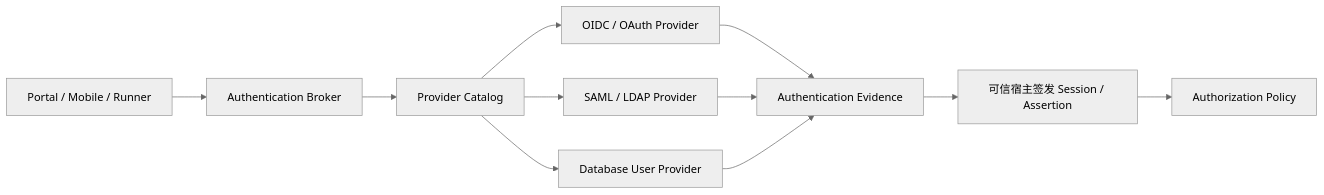
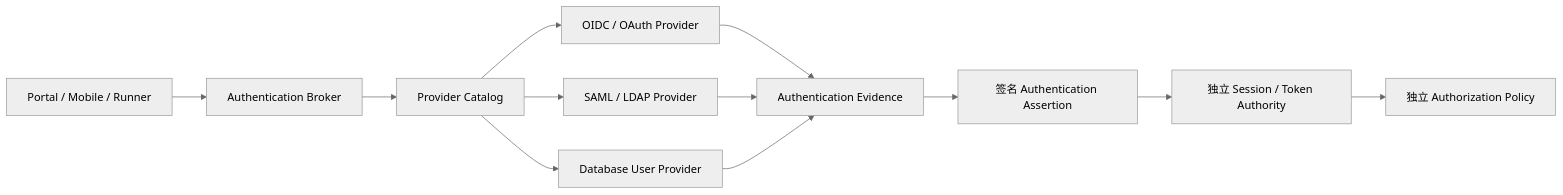
The diagram in docs/dev/architecture/企业身份与种子访问.md (yandt/VastPlan), drawn with Mermaid (neutral theme) before and after one commit. The commit also changed other lines of this file and 31 other files, not shown here.

Commit message:
fix(auth): unify policy snapshot lease authority

````diff
--- a/docs/dev/architecture/企业身份与种子访问.md
+++ b/docs/dev/architecture/企业身份与种子访问.md
@@ -11,13 +11,14 @@
 ```mermaid
 flowchart LR
   Client["Portal / Mobile / Runner"] --> Broker["Authentication Broker"]
   Broker --> Catalog["Provider Catalog"]
   Catalog --> OIDC["OIDC / OAuth Provider"]
   Catalog --> SAML["SAML / LDAP Provider"]
   Catalog --> DB["Database User Provider"]
   OIDC --> Evidence["Authentication Evidence"]
   SAML --> Evidence
   DB --> Evidence
-  Evidence --> Session["可信宿主签发 Session / Assertion"]
-  Session --> Authz["Authorization Policy"]
+  Evidence --> Assertion["签名 Authentication Assertion"]
+  Assertion --> Session["独立 Session / Token Authority"]
+  Session --> Authz["独立 Authorization Policy"]
 ```
````
